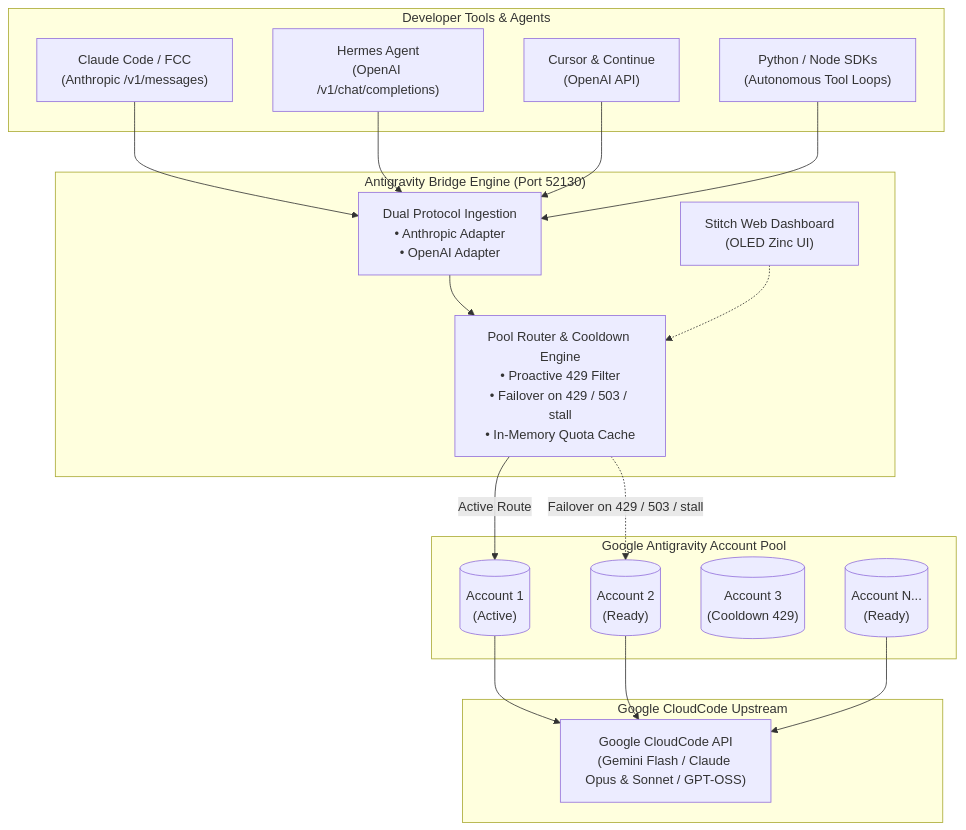
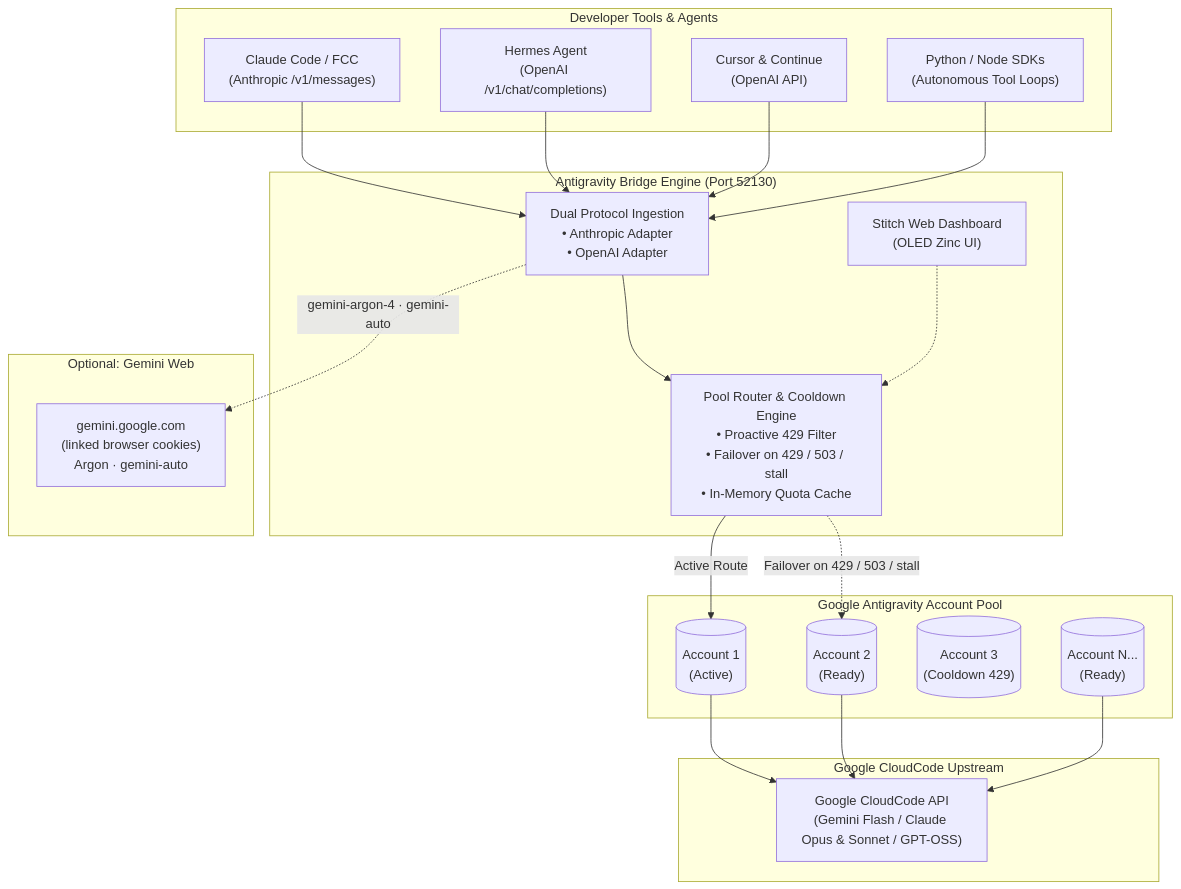
Before and after one commit to zakyirsyaad/antigravity-bridge: the diagram in README.md, drawn with Mermaid. The commit also changed other lines of this file, not shown here.

First line of the commit message:
docs(readme): document Gemini Web (Argon) and everything merged since 2.6.2

````diff
--- a/README.md
+++ b/README.md
@@ -26,33 +28,38 @@
 ```mermaid
 flowchart TD
     subgraph Clients ["Developer Tools & Agents"]
         C1["Claude Code / FCC\n(Anthropic /v1/messages)"]
         C2["Hermes Agent\n(OpenAI /v1/chat/completions)"]
         C3["Cursor & Continue\n(OpenAI API)"]
         C4["Python / Node SDKs\n(Autonomous Tool Loops)"]
     end
 
     subgraph Bridge ["Antigravity Bridge Engine (Port 52130)"]
         GW["Dual Protocol Ingestion\n• Anthropic Adapter\n• OpenAI Adapter"]
         ROUTER["Pool Router & Cooldown Engine\n• Proactive 429 Filter\n• Failover on 429 / 503 / stall\n• In-Memory Quota Cache"]
         DASH["Stitch Web Dashboard\n(OLED Zinc UI)"]
     end
 
     subgraph Pool ["Google Antigravity Account Pool"]
         A1[("Account 1\n(Active)")]
         A2[("Account 2\n(Ready)")]
         A3[("Account 3\n(Cooldown 429)")]
         AN[("Account N...\n(Ready)")]
     end
 
     subgraph Google ["Google CloudCode Upstream"]
         GAPI["Google CloudCode API\n(Gemini Flash / Claude Opus & Sonnet / GPT-OSS)"]
     end
 
+    subgraph Web ["Optional: Gemini Web"]
+        GWEB["gemini.google.com\n(linked browser cookies)\nArgon · gemini-auto"]
+    end
+
     C1 & C2 & C3 & C4 --> GW
     GW --> ROUTER
     DASH -.-> ROUTER
     ROUTER -->|Active Route| A1
     ROUTER -.->|Failover on 429 / 503 / stall| A2
     A1 & A2 & AN --> GAPI
+    GW -.->|gemini-argon-4 · gemini-auto| GWEB
 ```
````
